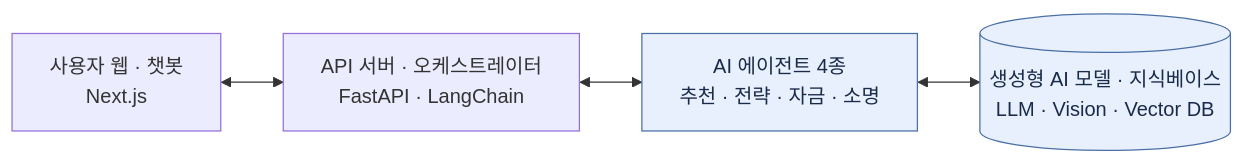
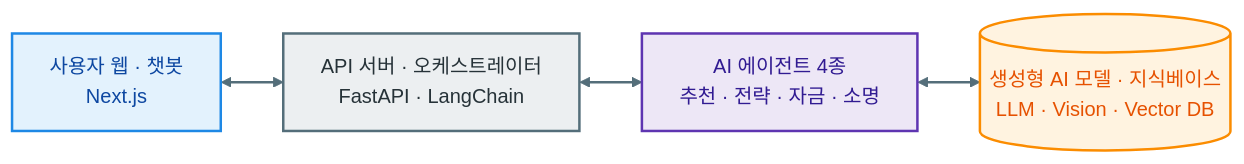
Before and after one commit to nixeast/Sessac_Hackerton: the second of 3 diagrams in Document/IdeaProposal_draft.md, drawn with Mermaid. The commit also changed other lines of this file, not shown here.

Commit message:
update diagram style

````diff
--- a/Document/IdeaProposal_draft.md
+++ b/Document/IdeaProposal_draft.md
@@ -61,9 +70,17 @@
 ```mermaid
 flowchart LR
     U["사용자 웹 · 챗봇<br/>Next.js"] <--> S["API 서버 · 오케스트레이터<br/>FastAPI · LangChain"]
     S <--> AG["AI 에이전트 4종<br/>추천 · 전략 · 자금 · 소명"]
     AG <--> M[("생성형 AI 모델 · 지식베이스<br/>LLM · Vision · Vector DB")]
 
-    classDef ai fill:#e8f0fe,stroke:#4a6fa5,color:#1a2b49
-    class AG,M ai
+    classDef user fill:#E3F2FD,stroke:#1E88E5,stroke-width:2px,color:#0D47A1
+    classDef server fill:#ECEFF1,stroke:#546E7A,stroke-width:2px,color:#263238
+    classDef agent fill:#EDE7F6,stroke:#5E35B1,stroke-width:2px,color:#311B92
+    classDef model fill:#FFF3E0,stroke:#FB8C00,stroke-width:2px,color:#E65100
+    class U user
+    class S server
+    class AG agent
+    class M model
+
+    linkStyle default stroke:#546E7A,stroke-width:2px
 ```
````
